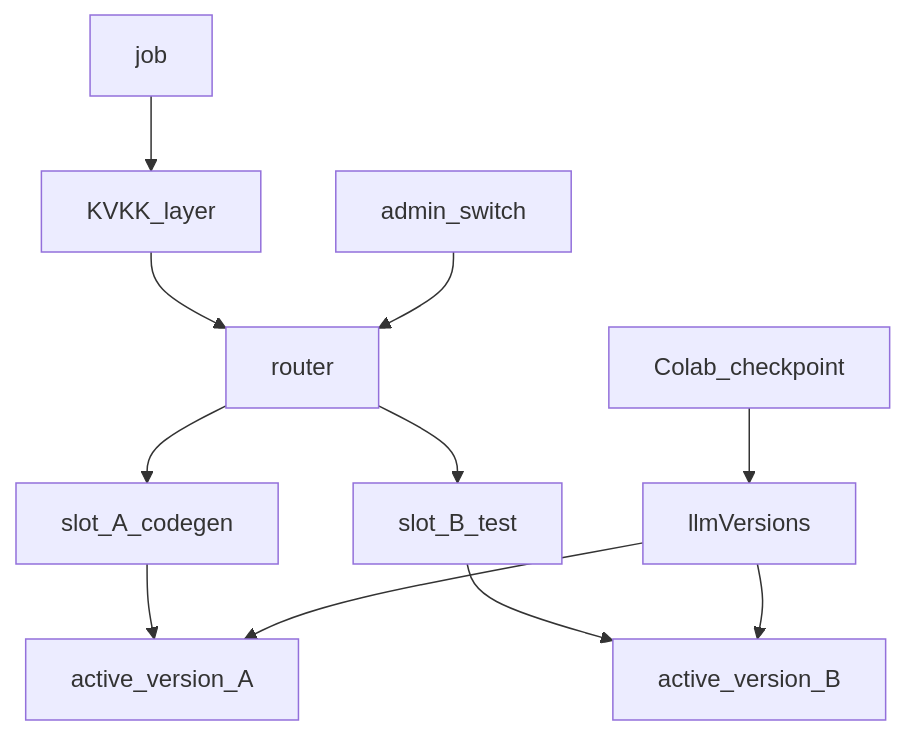
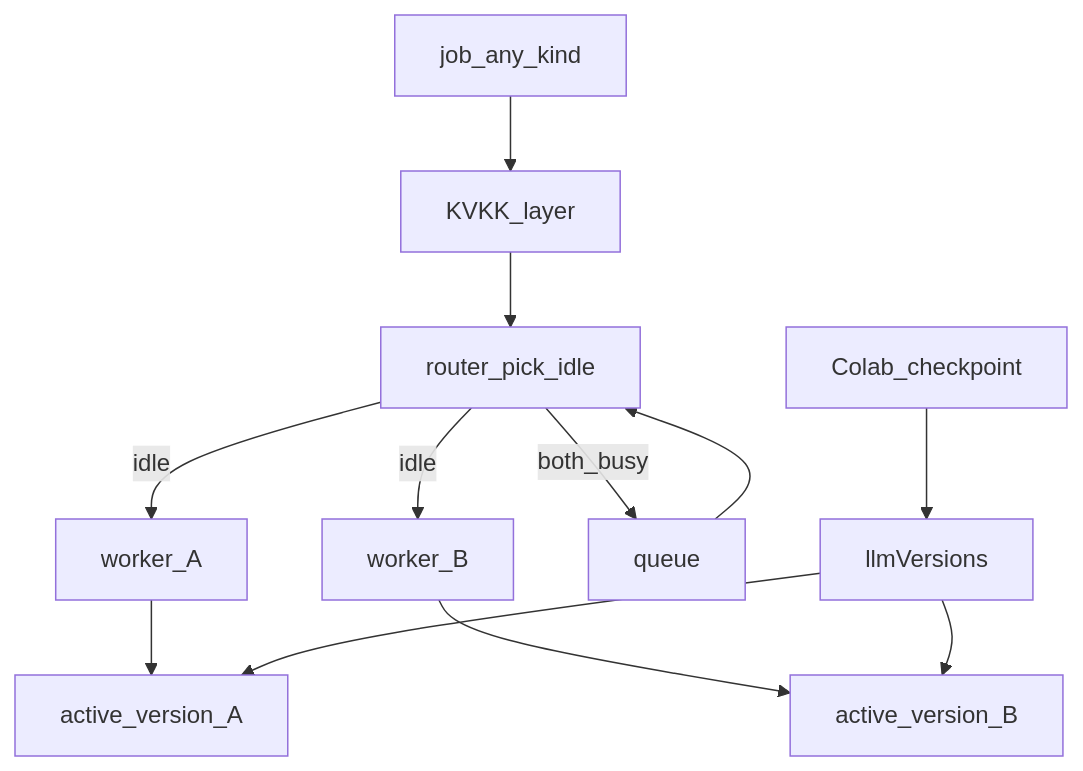
The first of 3 diagrams in docs/llmops.md (emrahyasinisik/Cherry), drawn with Mermaid before and after one commit. The commit also changed other lines of this file and 14 other files, not shown here.

First line of the commit message:
Lock two LLMs as load workers, not codegen vs test.

````diff
--- a/docs/llmops.md
+++ b/docs/llmops.md
@@ -11,13 +23,14 @@
 ```mermaid
 flowchart TB
-  Job[job] --> GDPR[KVKK_layer]
-  GDPR --> Router[router]
-  Router --> SlotA[slot_A_codegen]
-  Router --> SlotB[slot_B_test]
+  Job[job_any_kind] --> GDPR[KVKK_layer]
+  GDPR --> Router[router_pick_idle]
+  Router -->|idle| SlotA[worker_A]
+  Router -->|idle| SlotB[worker_B]
+  Router -->|both_busy| Queue[queue]
+  Queue --> Router
   SlotA --> VA[active_version_A]
   SlotB --> VB[active_version_B]
-  Admin[admin_switch] --> Router
   Colab[Colab_checkpoint] --> Versions[llmVersions]
   Versions --> VA
   Versions --> VB
 ```
````
